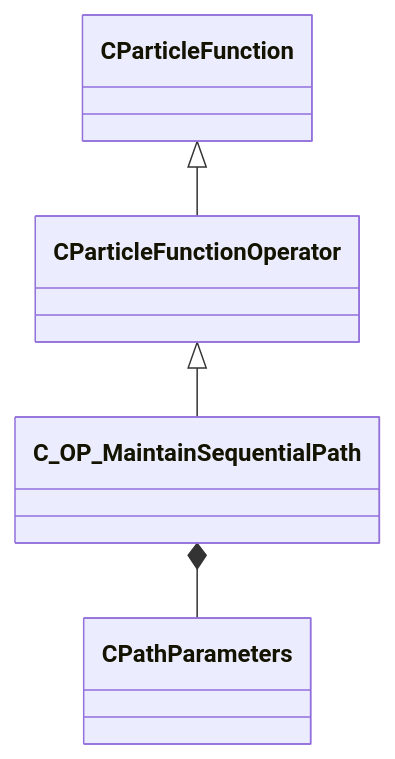
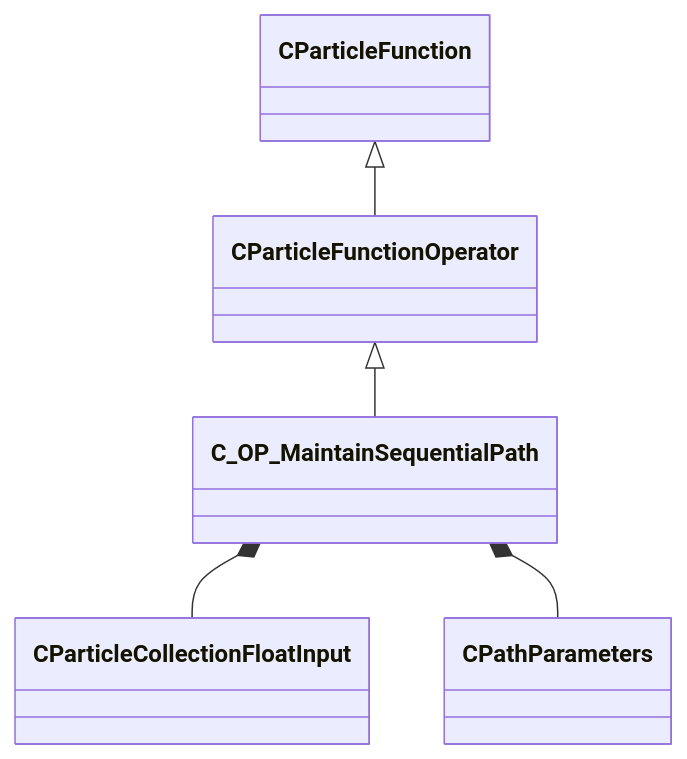
Before and after one commit to CS2OpenDev/CS2OpenDev-Docs: the diagram in docs/generated/schemas/particles/C_OP_MaintainSequentialPath.md, drawn with Mermaid. The commit also changed other lines of this file and 4654 other files, not shown here.

Commit message:
docs: regenerate for SchemaTracker build 25947352 [skip ci]

````diff
--- a/docs/generated/schemas/particles/C_OP_MaintainSequentialPath.md
+++ b/docs/generated/schemas/particles/C_OP_MaintainSequentialPath.md
@@ -19,6 +19,7 @@
 ```mermaid
 classDiagram
     CParticleFunctionOperator <|-- C_OP_MaintainSequentialPath
     CParticleFunction <|-- CParticleFunctionOperator
+    C_OP_MaintainSequentialPath *-- CParticleCollectionFloatInput
     C_OP_MaintainSequentialPath *-- CPathParameters
 ```
````
